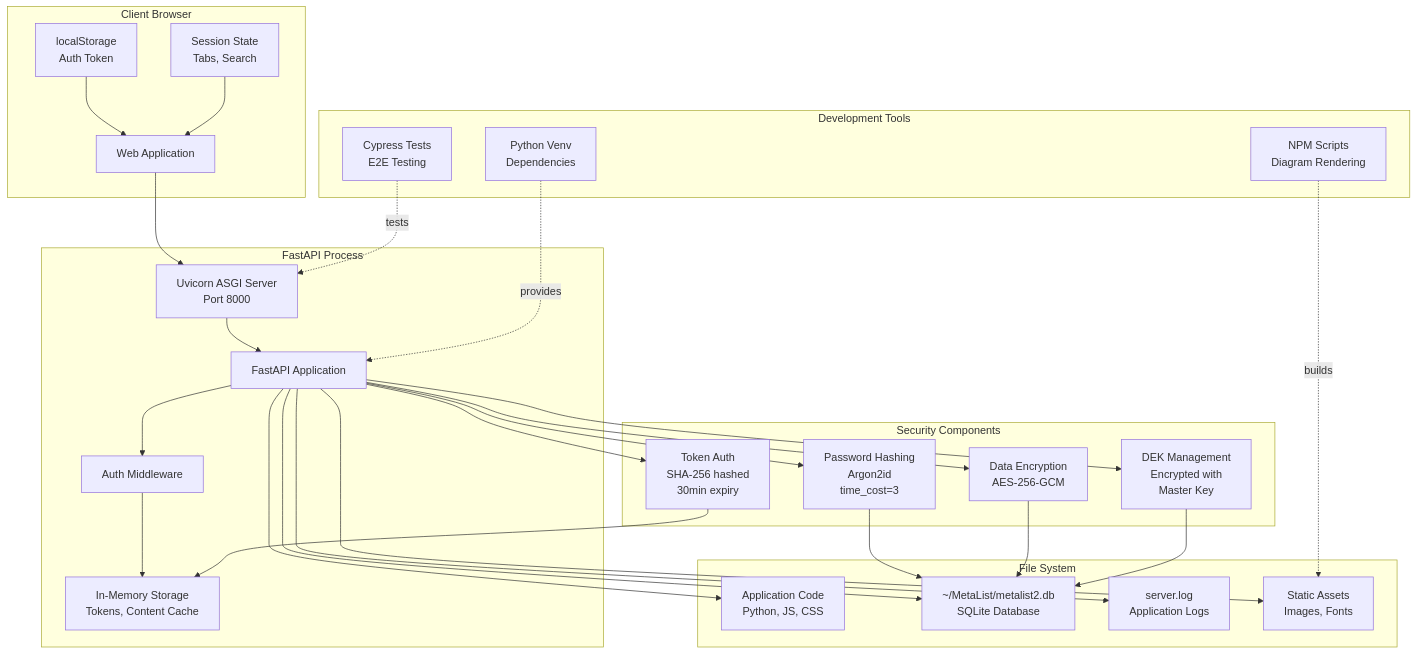
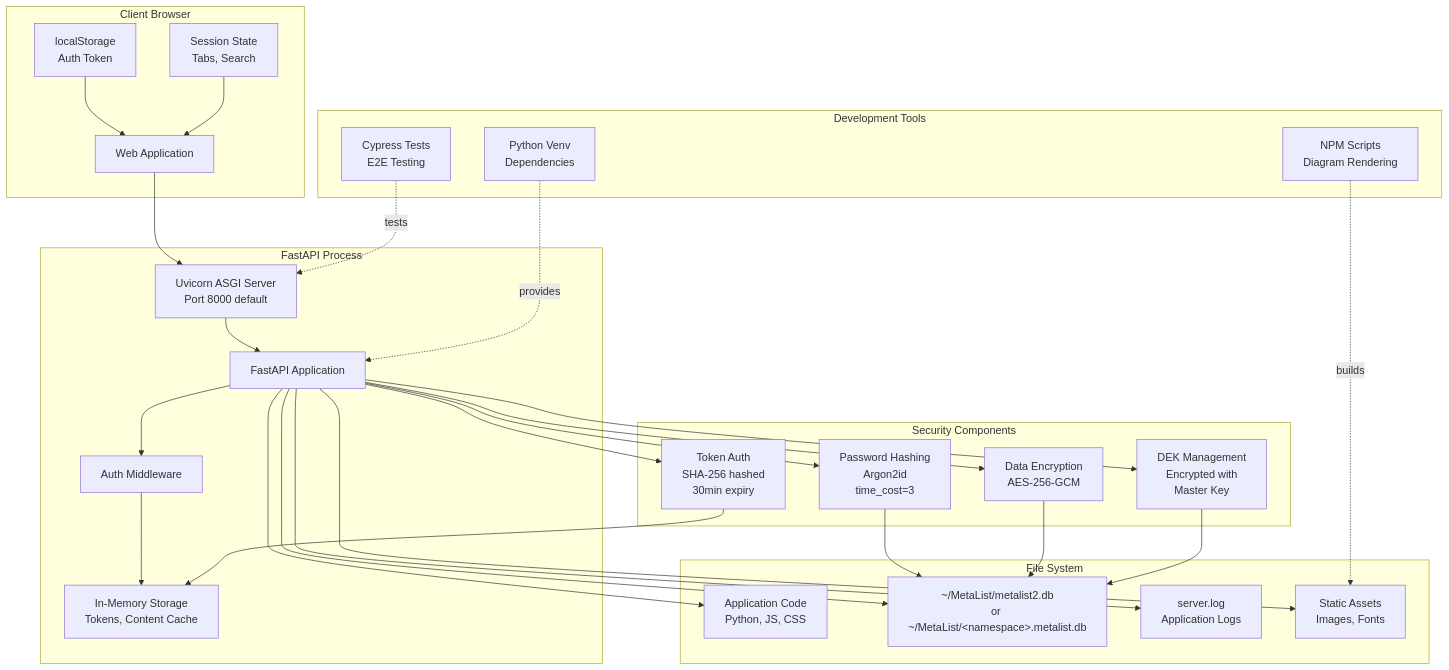
One commit to evolvingstuff/metalist changed the diagram in docs/diagrams/deployment-architecture.md. Above: the diagram before and after it, drawn with Mermaid. The commit also changed 12 other files, not shown here.

````diff
--- a/docs/diagrams/deployment-architecture.md
+++ b/docs/diagrams/deployment-architecture.md
@@ -5,62 +5,62 @@
 ```mermaid
 graph TB
     subgraph "Client Browser"
         WebApp[Web Application]
         LocalStorage[localStorage<br/>Auth Token]
         SessionStorage[Session State<br/>Tabs, Search]
     end
     
     subgraph "FastAPI Process"
-        ASGI[Uvicorn ASGI Server<br/>Port 8000]
+        ASGI[Uvicorn ASGI Server<br/>Port 8000 default]
         App[FastAPI Application]
         Middleware[Auth Middleware]
         InMemory[In-Memory Storage<br/>Tokens, Content Cache]
     end
     
     subgraph "File System"
         AppCode[Application Code<br/>Python, JS, CSS]
-        SQLiteFile[~/MetaList/metalist2.db<br/>SQLite Database]
+        SQLiteFile[~/MetaList/metalist2.db<br/>or ~/MetaList/&lt;namespace&gt;.metalist.db]
         Logs[server.log<br/>Application Logs]
         StaticAssets[Static Assets<br/>Images, Fonts]
     end
     
     subgraph "Security Components"
         PassHash[Password Hashing<br/>Argon2id<br/>time_cost=3]
         DataEnc[Data Encryption<br/>AES-256-GCM]
         TokenAuth[Token Auth<br/>SHA-256 hashed<br/>30min expiry]
         DEKMgmt[DEK Management<br/>Encrypted with<br/>Master Key]
     end
     
     subgraph "Development Tools"
         Cypress[Cypress Tests<br/>E2E Testing]
         NPM[NPM Scripts<br/>Diagram Rendering]
         Venv[Python Venv<br/>Dependencies]
     end
     
     WebApp --> ASGI
     LocalStorage --> WebApp
     SessionStorage --> WebApp
     
     ASGI --> App
     App --> Middleware
     Middleware --> InMemory
     
     App --> AppCode
     App --> SQLiteFile
     App --> Logs
     App --> StaticAssets
     
     App --> PassHash
     App --> DataEnc
     App --> TokenAuth
     App --> DEKMgmt
     
     PassHash --> SQLiteFile
     DataEnc --> SQLiteFile
     TokenAuth --> InMemory
     DEKMgmt --> SQLiteFile
     
     Cypress -.->|tests| ASGI
     NPM -.->|builds| StaticAssets
     Venv -.->|provides| App
 ```
````
